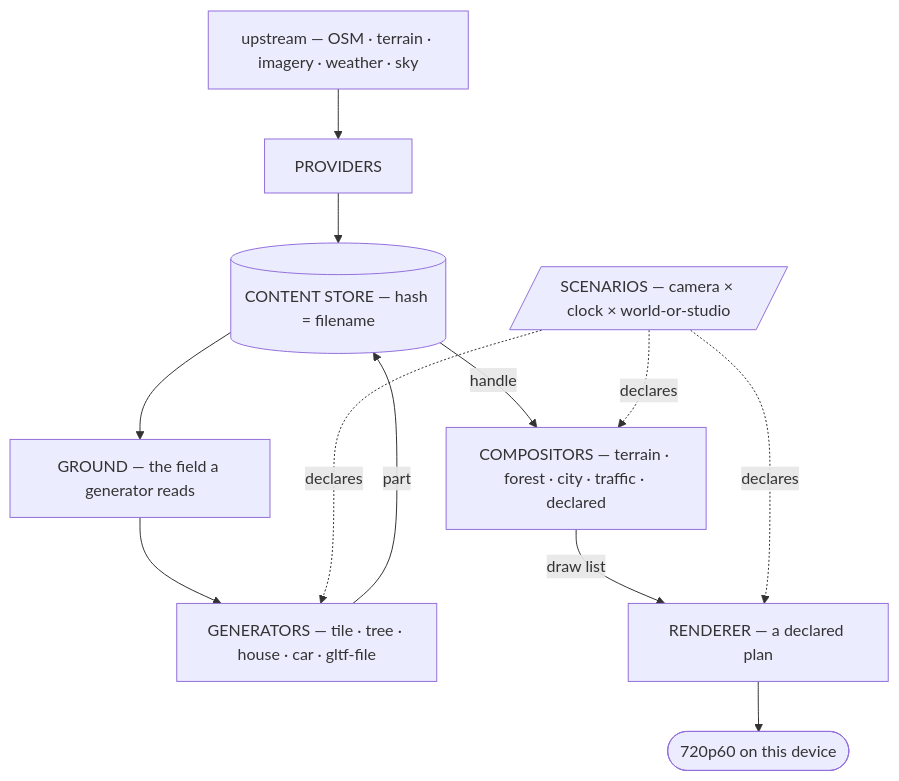
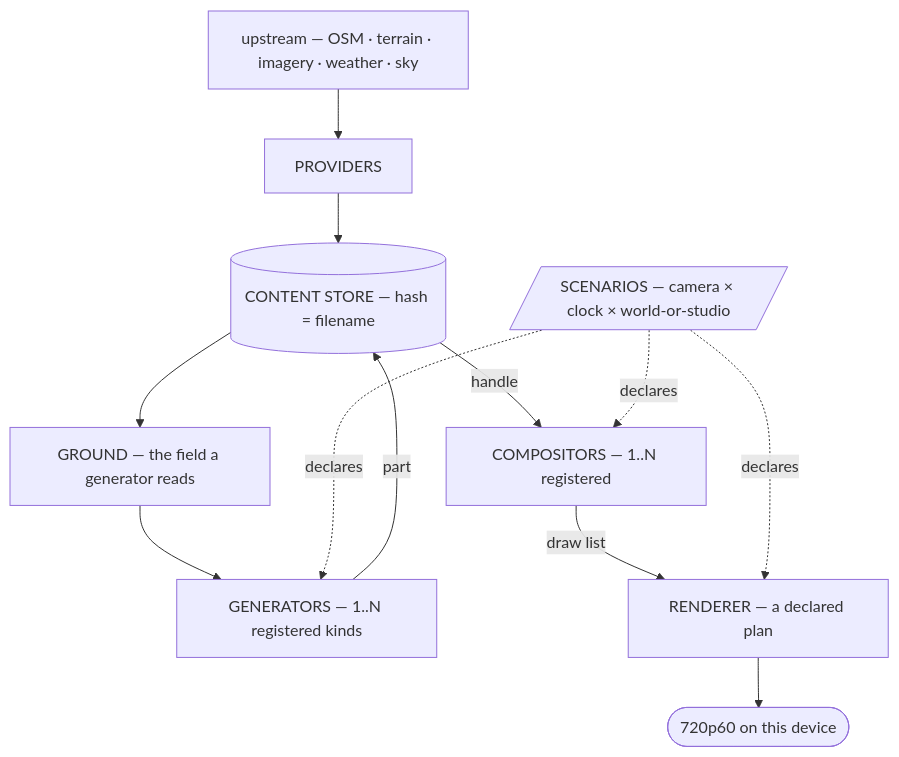
The first of 5 diagrams in CLAUDE.md (Weichwolf/outshine), drawn with Mermaid before and after one commit. The commit also changed other lines of this file and 1 other file, not shown here.

````diff
--- a/CLAUDE.md
+++ b/CLAUDE.md
@@ -103,21 +103,21 @@
 ```mermaid
 flowchart TD
   upstream["upstream — OSM · terrain · imagery · weather · sky"]
   providers["PROVIDERS"]
   store[("CONTENT STORE — hash = filename")]
   field["GROUND — the field a generator reads"]
-  gen["GENERATORS — tile · tree · house · car · gltf-file"]
-  comp["COMPOSITORS — terrain · forest · city · traffic · declared"]
+  gen["GENERATORS — 1..N registered kinds"]
+  comp["COMPOSITORS — 1..N registered"]
   rend["RENDERER — a declared plan"]
   frame(["720p60 on this device"])
   scen[/"SCENARIOS — camera × clock × world-or-studio"/]
 
   upstream --> providers --> store
   store --> field --> gen
   gen -->|part| store
   store -->|handle| comp
   comp -->|draw list| rend --> frame
   scen -.->|declares| gen
   scen -.->|declares| comp
   scen -.->|declares| rend
 ```
````
